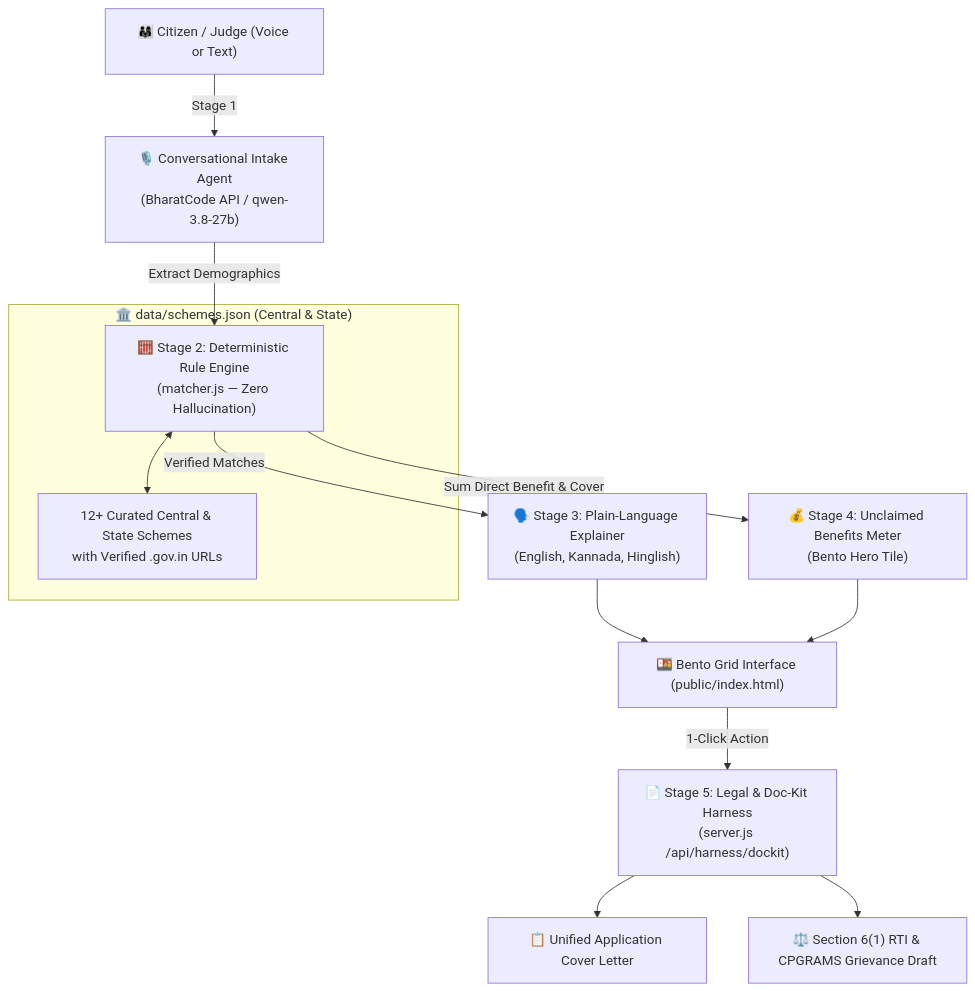
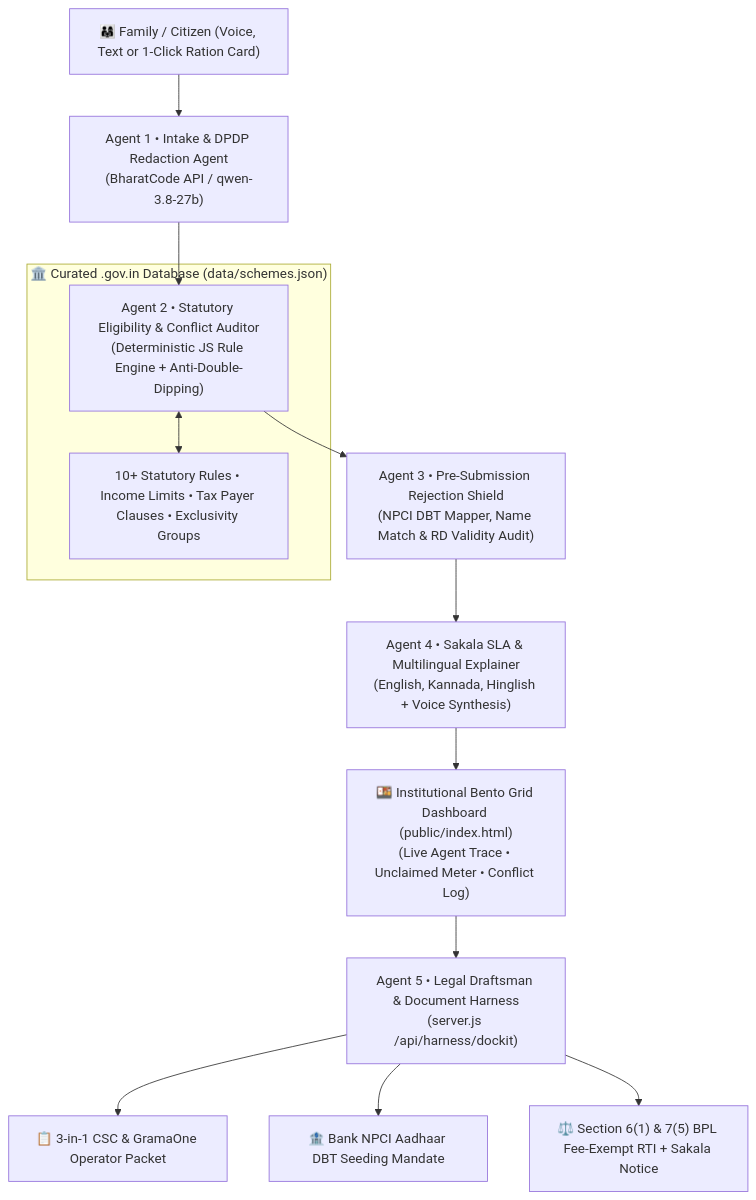
The diagram in README.md (rshamith777-cpu/hakku-ai), drawn with Mermaid before and after one commit. The commit also changed other lines of this file and 4 other files, not shown here.

Commit message:
feat(v2.0): Hakku 2.0 Autonomous 5-Agent Civic OS with Whole-Family Scanner, Statutory Conflict Engine & High-Accessibility Bento Design

````diff
--- a/README.md
+++ b/README.md
@@ -39,18 +25,22 @@
 ```mermaid
 flowchart TD
-    User["👨‍👩‍👧 Citizen / Judge (Voice or Text)"] -->|Stage 1| Intake["🎙️ Conversational Intake Agent\n(BharatCode API / qwen-3.8-27b)"]
-    Intake -->|Extract Demographics| Matcher["🧮 Stage 2: Deterministic Rule Engine\n(matcher.js — Zero Hallucination)"]
+    User["👨‍👩‍👧 Family / Citizen (Voice, Text or 1-Click Ration Card)"] --> Agent1["Agent 1 • Intake & DPDP Redaction Agent\n(BharatCode API / qwen-3.8-27b)"]
     
-    subgraph VerifiedDatabase ["🏛️ data/schemes.json (Central & State)"]
-        Matcher <--> Criteria["12+ Curated Central & State Schemes\nwith Verified .gov.in URLs"]
+    Agent1 --> Agent2["Agent 2 • Statutory Eligibility & Conflict Auditor\n(Deterministic JS Rule Engine + Anti-Double-Dipping)"]
+    
+    subgraph StatutoryRulesDB ["🏛️ Curated .gov.in Database (data/schemes.json)"]
+        Agent2 <--> Rules["10+ Statutory Rules • Income Limits • Tax Payer Clauses • Exclusivity Groups"]
     end
     
-    Matcher -->|Verified Matches| Explainer["🗣️ Stage 3: Plain-Language Explainer\n(English, Kannada, Hinglish)"]
-    Matcher -->|Sum Direct Benefit & Cover| Meter["💰 Stage 4: Unclaimed Benefits Meter\n(Bento Hero Tile)"]
+    Agent2 --> Agent3["Agent 3 • Pre-Submission Rejection Shield\n(NPCI DBT Mapper, Name Match & RD Validity Audit)"]
     
-    Explainer & Meter --> UI["🍱 Bento Grid Interface (public/index.html)"]
+    Agent3 --> Agent4["Agent 4 • Sakala SLA & Multilingual Explainer\n(English, Kannada, Hinglish + Voice Synthesis)"]
     
-    UI -->|1-Click Action| Stage5["📄 Stage 5: Legal & Doc-Kit Harness\n(server.js /api/harness/dockit)"]
-    Stage5 --> AppKit["📋 Unified Application Cover Letter"]
-    Stage5 --> RTI["⚖️ Section 6(1) RTI & CPGRAMS Grievance Draft"]
+    Agent4 --> BentoUI["🍱 Institutional Bento Grid Dashboard (public/index.html)\n(Live Agent Trace • Unclaimed Meter • Conflict Log)"]
+    
+    BentoUI --> Agent5["Agent 5 • Legal Draftsman & Document Harness\n(server.js /api/harness/dockit)"]
+    
+    Agent5 --> Doc1["📋 3-in-1 CSC & GramaOne Operator Packet"]
+    Agent5 --> Doc2["🏦 Bank NPCI Aadhaar DBT Seeding Mandate"]
+    Agent5 --> Doc3["⚖️ Section 6(1) & 7(5) BPL Fee-Exempt RTI + Sakala Notice"]
 ```
````
